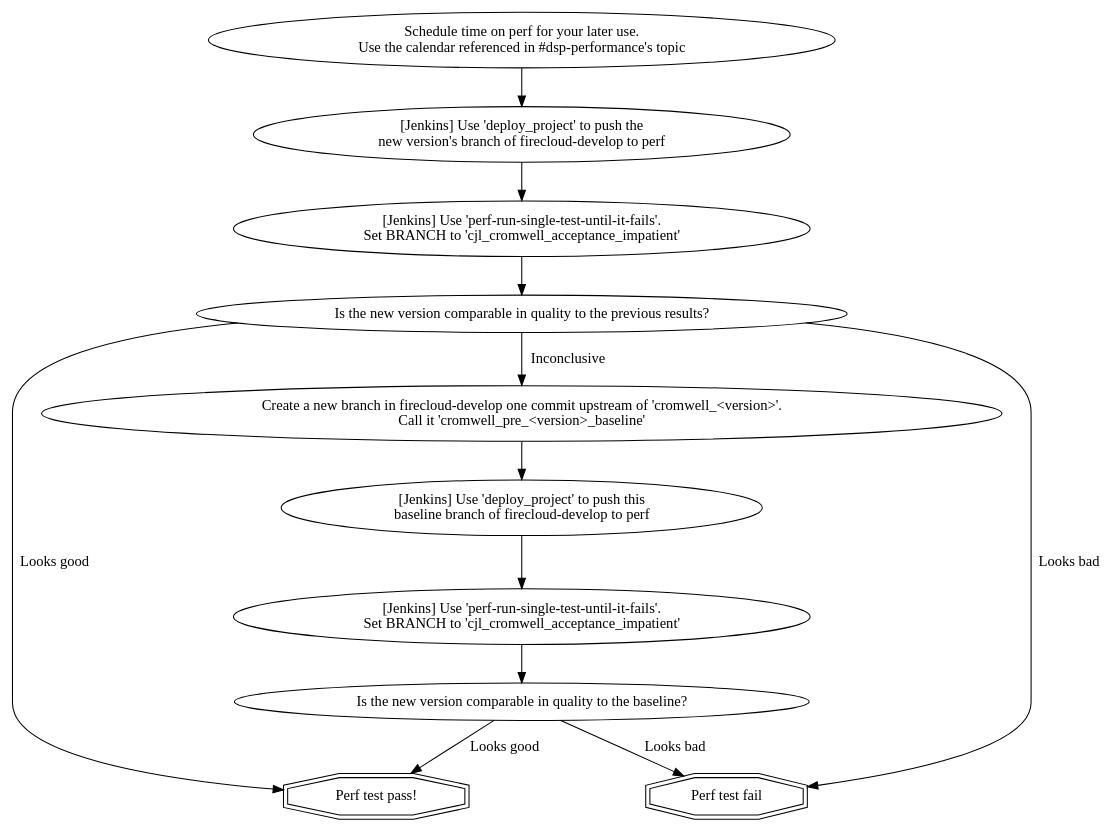
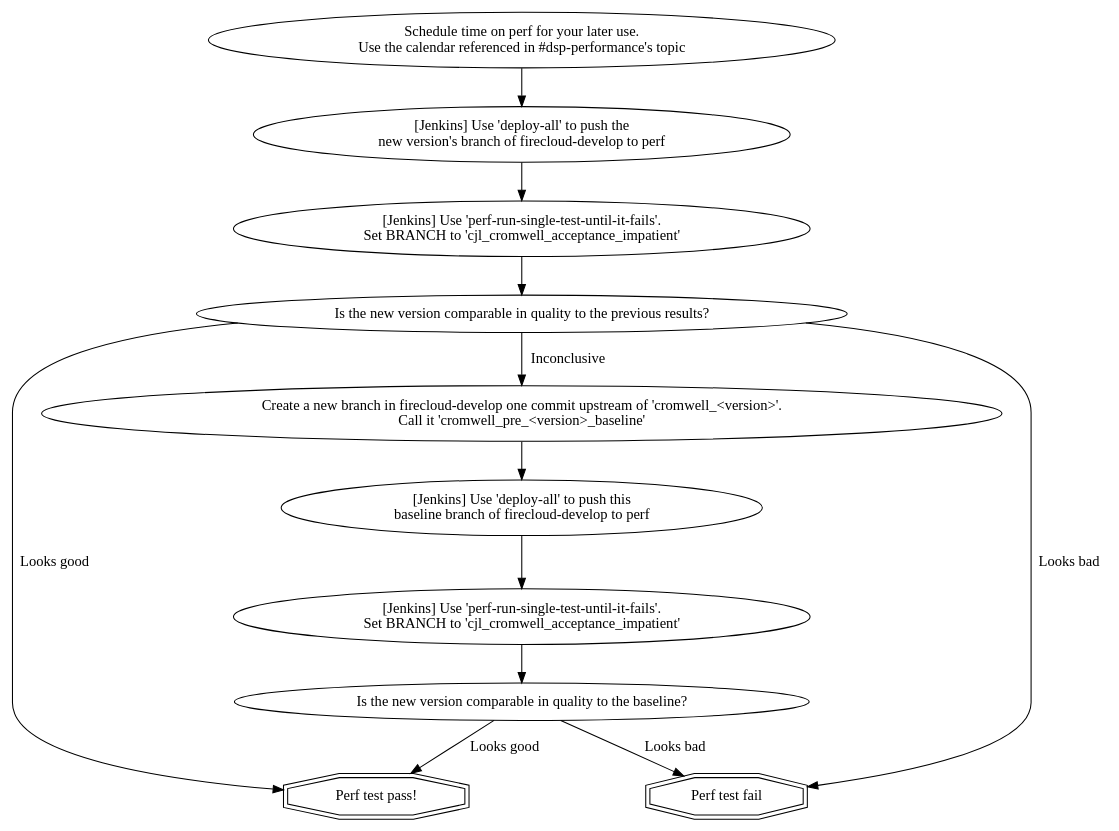
The diagram in processes/release_processes/perf-test.dot (broadinstitute/cromwell), drawn with Graphviz before and after one commit. The commit also changed 1 other file, not shown here.

Commit message:
Use deploy-all to reset perf environment

```diff
--- a/processes/release_processes/perf-test.dot
+++ b/processes/release_processes/perf-test.dot
@@ -1,41 +1,41 @@
 digraph {
 
   # Nodes
 
   schedule_perf_time [shape=oval label="Schedule time on perf for your later use.\nUse the calendar referenced in #dsp-performance's topic"];
 
-  push_new_version_to_perf [shape=oval label="[Jenkins] Use 'deploy_project' to push the\nnew version's branch of firecloud-develop to perf"];
+  push_new_version_to_perf [shape=oval label="[Jenkins] Use 'deploy-all' to push the\nnew version's branch of firecloud-develop to perf"];
   perf_test_new [shape=oval label="[Jenkins] Use 'perf-run-single-test-until-it-fails'.\nSet BRANCH to 'cjl_cromwell_acceptance_impatient'"];
 
   compare_previous_results [shape=oval label="Is the new version comparable in quality to the previous results?"];
 
   create_baseline_branch [shape=oval label="Create a new branch in firecloud-develop one commit upstream of 'cromwell_<version>'.\nCall it 'cromwell_pre_<version>_baseline'"];
 
-  push_baseline_to_perf [shape=oval label="[Jenkins] Use 'deploy_project' to push this\nbaseline branch of firecloud-develop to perf"];
+  push_baseline_to_perf [shape=oval label="[Jenkins] Use 'deploy-all' to push this\nbaseline branch of firecloud-develop to perf"];
   perf_test_baseline [shape=oval label="[Jenkins] Use 'perf-run-single-test-until-it-fails'.\nSet BRANCH to 'cjl_cromwell_acceptance_impatient'"];
 
   compare_results [shape=oval label="Is the new version comparable in quality to the baseline?"];
 
   perf_pass [shape=doubleoctagon label="Perf test pass!"];
 
   perf_fail [shape=doubleoctagon label="Perf test fail"];
 
   # Edges
 
   schedule_perf_time -> push_new_version_to_perf
   push_new_version_to_perf -> perf_test_new
   perf_test_new -> compare_previous_results
 
   compare_previous_results -> perf_pass [label="Looks good"]
   compare_previous_results -> create_baseline_branch [label="Inconclusive"]
   compare_previous_results -> perf_fail [label="Looks bad"]
 
   create_baseline_branch -> push_baseline_to_perf
   push_baseline_to_perf -> perf_test_baseline
   perf_test_baseline -> compare_results
 
   compare_results -> perf_pass [label="Looks good"]
   compare_results -> perf_fail [label="Looks bad"]
 
 
 }
```
